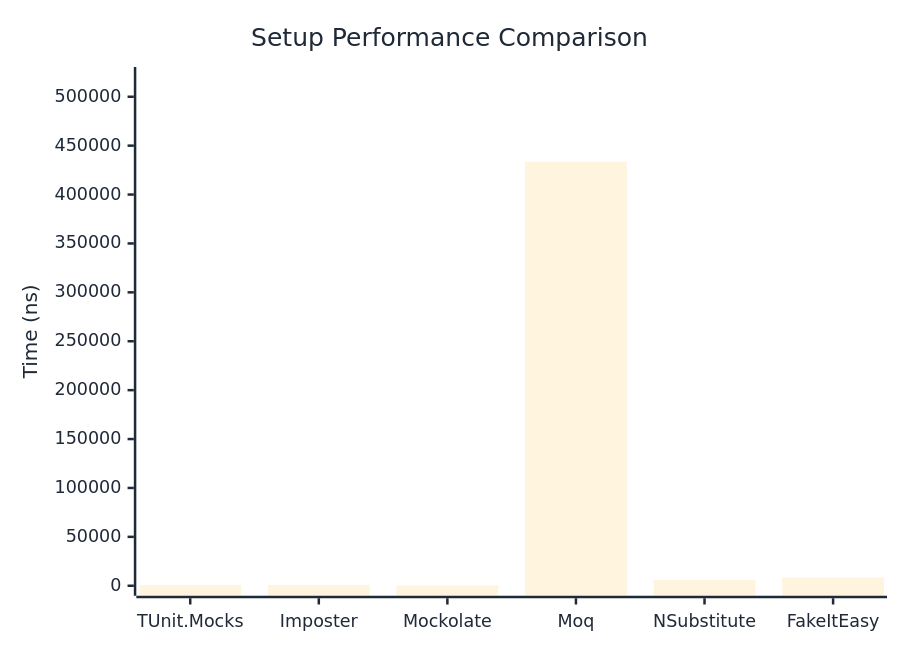
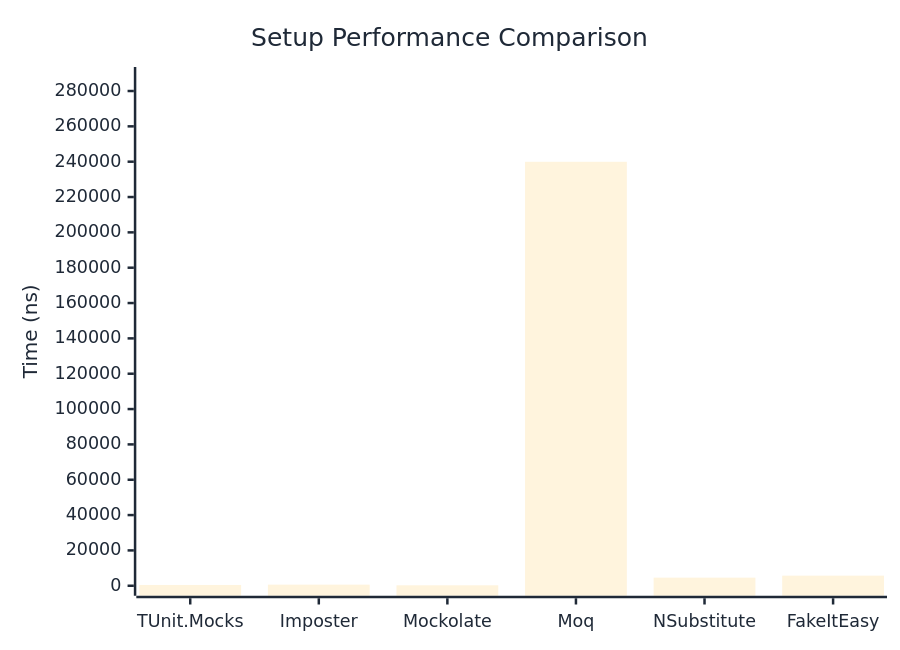
The first of 2 diagrams in docs/docs/benchmarks/mocks/Setup.md (thomhurst/TUnit), drawn with Mermaid before and after one commit. The commit also changed other lines of this file and 14 other files, not shown here.

````diff
--- a/docs/docs/benchmarks/mocks/Setup.md
+++ b/docs/docs/benchmarks/mocks/Setup.md
@@ -30,27 +30,27 @@
 ```mermaid
 %%{init: {
   'theme':'base',
   'themeVariables': {
     'primaryColor': '#2563eb',
     'primaryTextColor': '#1f2937',
     'primaryBorderColor': '#1e40af',
     'lineColor': '#6b7280',
     'secondaryColor': '#7c3aed',
     'tertiaryColor': '#dc2626',
     'background': '#ffffff',
     'pie1': '#2563eb',
     'pie2': '#7c3aed',
     'pie3': '#dc2626',
     'pie4': '#f59e0b',
     'pie5': '#10b981',
     'pie6': '#06b6d4',
     'pie7': '#ec4899',
     'pie8': '#6366f1'
   }
 }}%%
 xychart-beta
   title "Setup Performance Comparison"
   x-axis ["TUnit.Mocks", "Imposter", "Mockolate", "Moq", "NSubstitute", "FakeItEasy"]
-  y-axis "Time (ns)" 0 --> 520193
-  bar [515.4, 780.8, 307.6, 433494.1, 6110.4, 8404.9]
+  y-axis "Time (ns)" 0 --> 287929
+  bar [441.6, 625.7, 254, 239940.3, 4580.9, 5714.1]
 ```
````
